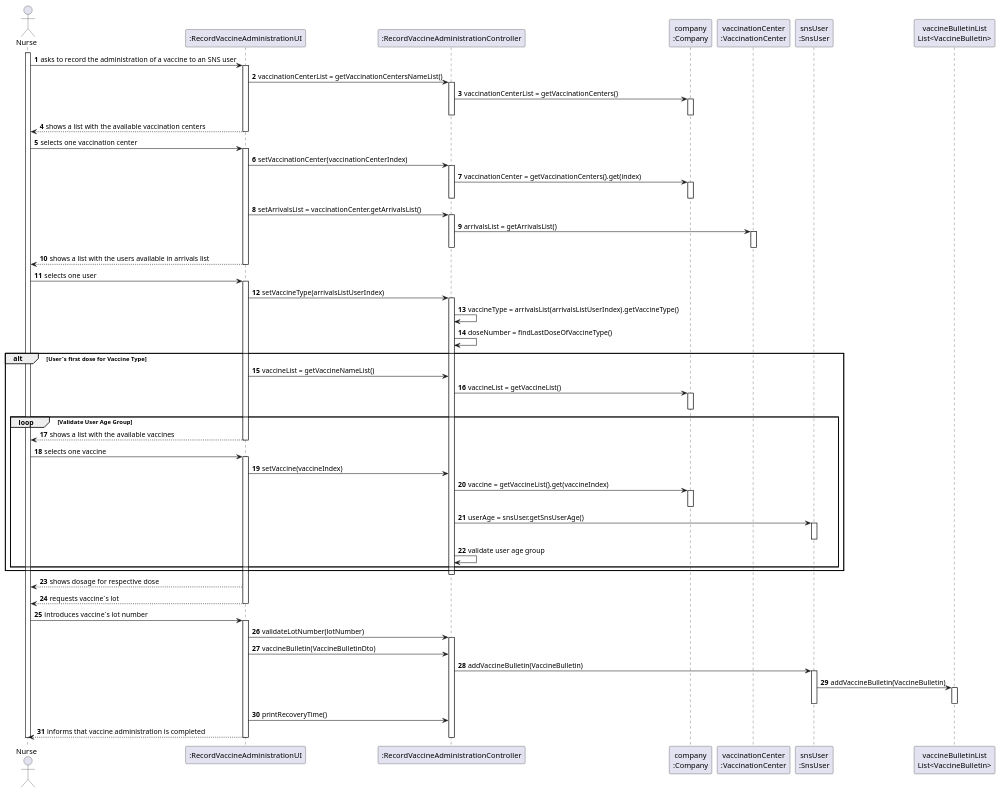
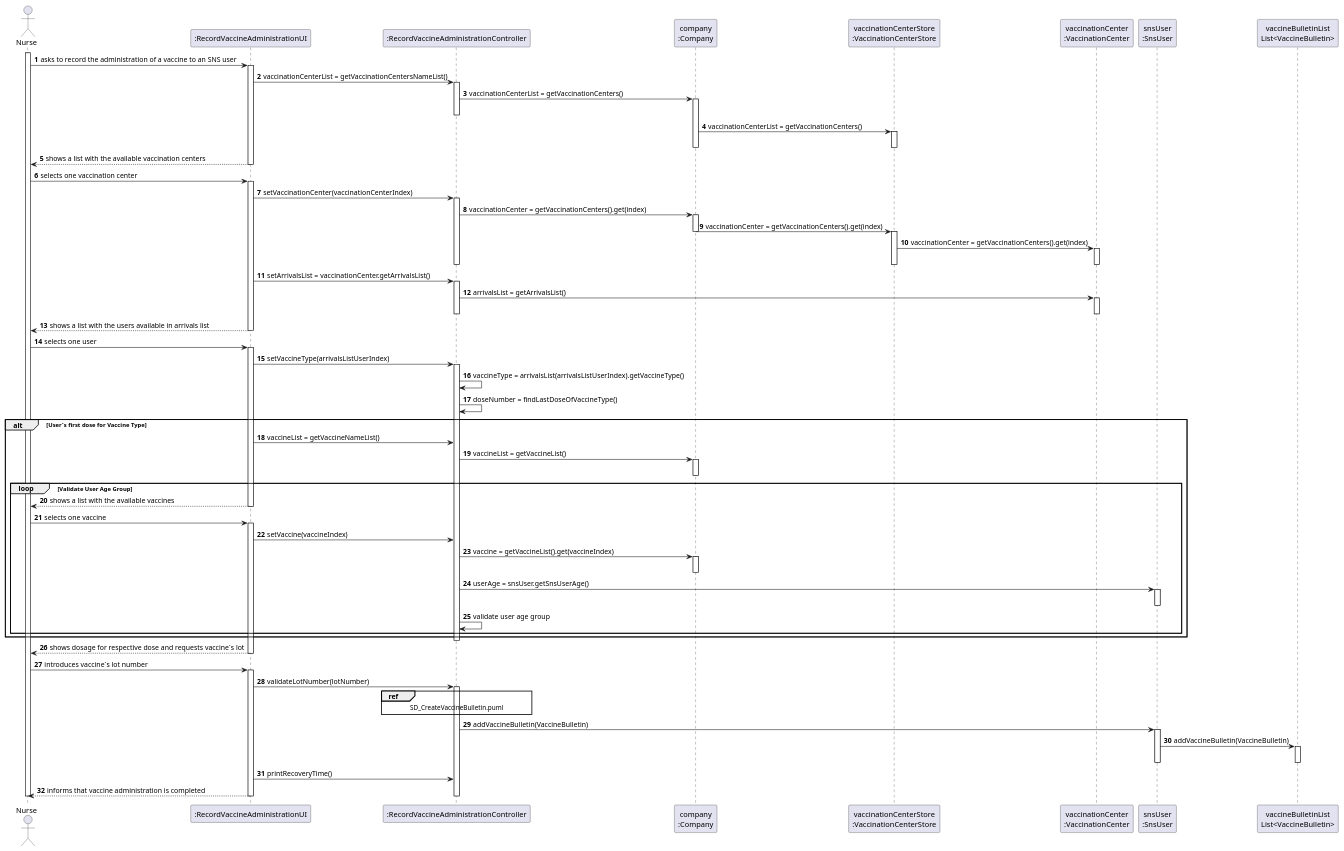
The diagram in docs/SprintD/US008/US008_SD.puml (Pirussa/lei-22-s2-1da-g02), drawn with PlantUML before and after one commit. The commit also changed 1 other file, not shown here.

Commit message:
US008 - |Design| - Sequence Diagram Updated and finsihed.

```diff
--- a/docs/SprintD/US008/US008_SD.puml
+++ b/docs/SprintD/US008/US008_SD.puml
@@ -1,101 +1,110 @@
 @startuml
 
 autonumber
 
 actor Nurse as N
 
 participant ":RecordVaccineAdministrationUI" as UI
 participant ":RecordVaccineAdministrationController" as CTRL
 participant "company\n:Company" as C
+participant "vaccinationCenterStore\n:VaccinationCenterStore" as VS
 participant "vaccinationCenter\n:VaccinationCenter" as VC
 participant "snsUser\n:SnsUser" as SU
 participant "vaccineBulletinList\nList<VaccineBulletin>" as L
 
 activate N
 N -> UI : asks to record the administration of a vaccine to an SNS user
 activate UI
 
 UI -> CTRL : vaccinationCenterList = getVaccinationCentersNameList()
 activate CTRL
 CTRL -> C : vaccinationCenterList = getVaccinationCenters()
 activate C
 deactivate CTRL
+C -> VS : vaccinationCenterList = getVaccinationCenters()
+activate VS
+deactivate VS
 deactivate C
-
 UI --> N : shows a list with the available vaccination centers
 deactivate UI
 
 N -> UI : selects one vaccination center
 activate UI
 UI -> CTRL : setVaccinationCenter(vaccinationCenterIndex)
 activate CTRL
 CTRL -> C : vaccinationCenter = getVaccinationCenters().get(index)
 activate C
+C -> VS : vaccinationCenter = getVaccinationCenters().get(index)
 deactivate C
+activate VS
+VS -> VC : vaccinationCenter = getVaccinationCenters().get(index)
+activate VC
+deactivate VC
+deactivate VS
 deactivate CTRL
 
 UI -> CTRL : setArrivalsList = vaccinationCenter.getArrivalsList()
 activate CTRL
 CTRL -> VC : arrivalsList = getArrivalsList()
 
 activate VC
 deactivate VC
 deactivate CTRL
 
  UI --> N : shows a list with the users available in arrivals list
 deactivate UI
 N -> UI : selects one user
 
 activate UI
 UI -> CTRL : setVaccineType(arrivalsListUserIndex)
 activate CTRL
 CTRL -> CTRL : vaccineType = arrivalsList(arrivalsListUserIndex).getVaccineType()
 CTRL -> CTRL : doseNumber = findLastDoseOfVaccineType()
 alt User´s first dose for Vaccine Type
 UI -> CTRL : vaccineList = getVaccineNameList()
 CTRL -> C : vaccineList = getVaccineList()
 activate C
 deactivate C
 loop Validate User Age Group
 UI --> N : shows a list with the available vaccines
 deactivate UI
 N -> UI : selects one vaccine
 activate UI
 UI -> CTRL : setVaccine(vaccineIndex)
 CTRL -> C : vaccine = getVaccineList().get(vaccineIndex)
 activate C
 deactivate C
 CTRL -> SU : userAge = snsUser.getSnsUserAge()
 activate SU
 deactivate SU
 CTRL -> CTRL : validate user age group
 end
 end
 deactivate CTRL
-UI --> N : shows dosage for respective dose
-UI --> N :requests vaccine´s lot
+UI --> N : shows dosage for respective dose and requests vaccine´s lot
 deactivate UI
 N -> UI : introduces vaccine´s lot number
 activate UI
 
 UI -> CTRL : validateLotNumber(lotNumber)
 activate CTRL
 
-UI -> CTRL : vaccineBulletin(VaccineBulletinDto)
+ref over CTRL : SD_CreateVaccineBulletin.puml
+
 
 CTRL -> SU : addVaccineBulletin(VaccineBulletin)
 activate SU
 
 SU -> L : addVaccineBulletin(VaccineBulletin)
 activate L
 deactivate L
 deactivate SU
 UI -> CTRL : printRecoveryTime()
 
 UI --> N : informs that vaccine administration is completed
 
 
 deactivate CTRL
 deactivate UI
 deactivate N
 @enduml
```
